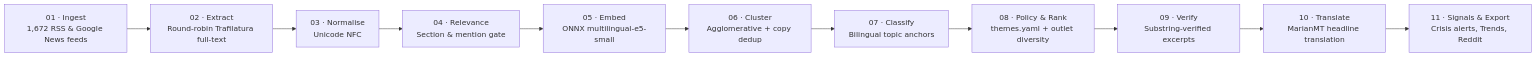
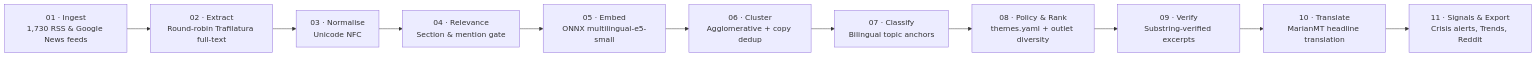
The diagram in README.md (gergkar-gif/argos-monitor), drawn with Mermaid before and after one commit. The commit also changed other lines of this file and 18 other files, not shown here.

````diff
--- a/README.md
+++ b/README.md
@@ -39,13 +39,13 @@
 ```mermaid
 flowchart LR
-    A["01 · Ingest<br/>1,672 RSS & Google News feeds"] --> B["02 · Extract<br/>Round-robin Trafilatura full-text"]
+    A["01 · Ingest<br/>1,730 RSS & Google News feeds"] --> B["02 · Extract<br/>Round-robin Trafilatura full-text"]
     B --> C["03 · Normalise<br/>Unicode NFC"]
     C --> D["04 · Relevance<br/>Section & mention gate"]
     D --> E["05 · Embed<br/>ONNX multilingual-e5-small"]
     E --> F["06 · Cluster<br/>Agglomerative + copy dedup"]
     F --> G["07 · Classify<br/>Bilingual topic anchors"]
     G --> H["08 · Policy & Rank<br/>themes.yaml + outlet diversity"]
     H --> I["09 · Verify<br/>Substring-verified excerpts"]
     I --> J["10 · Translate<br/>MarianMT headline translation"]
     J --> K["11 · Signals & Export<br/>Crisis alerts, Trends, Reddit"]
 ```
````
